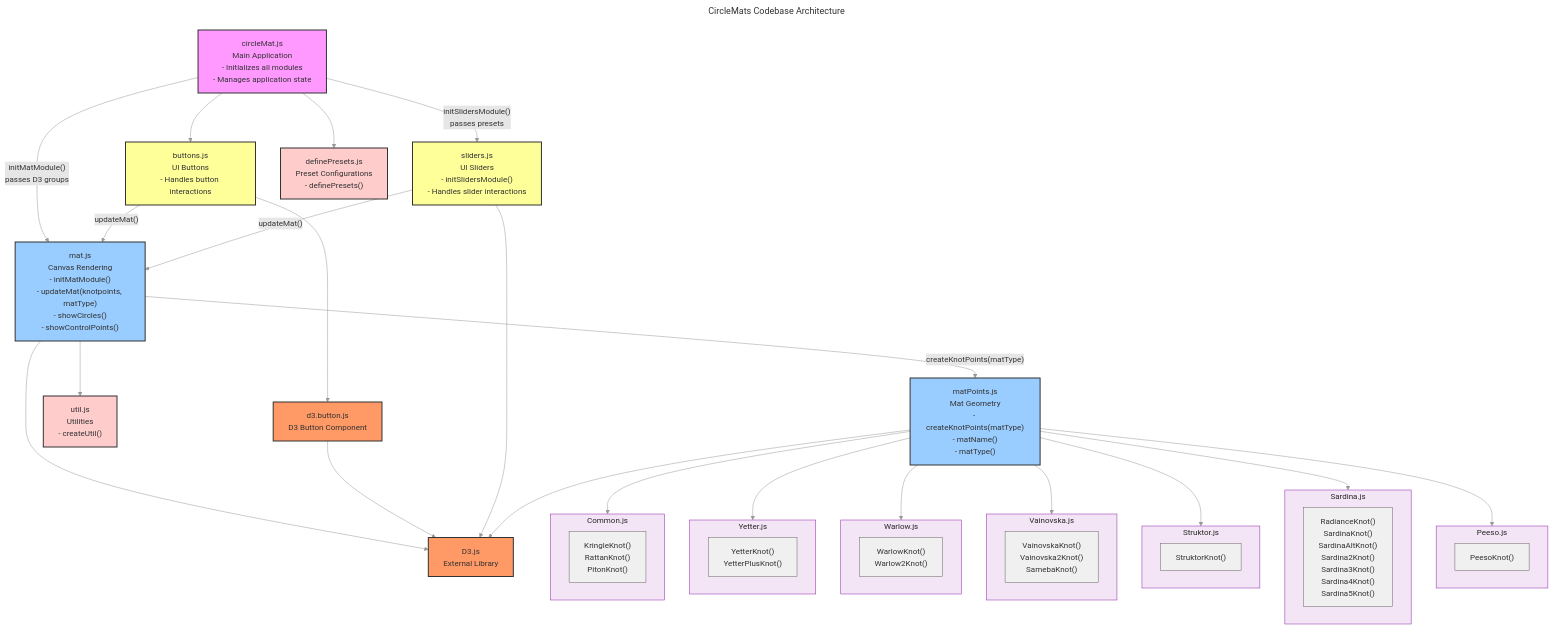
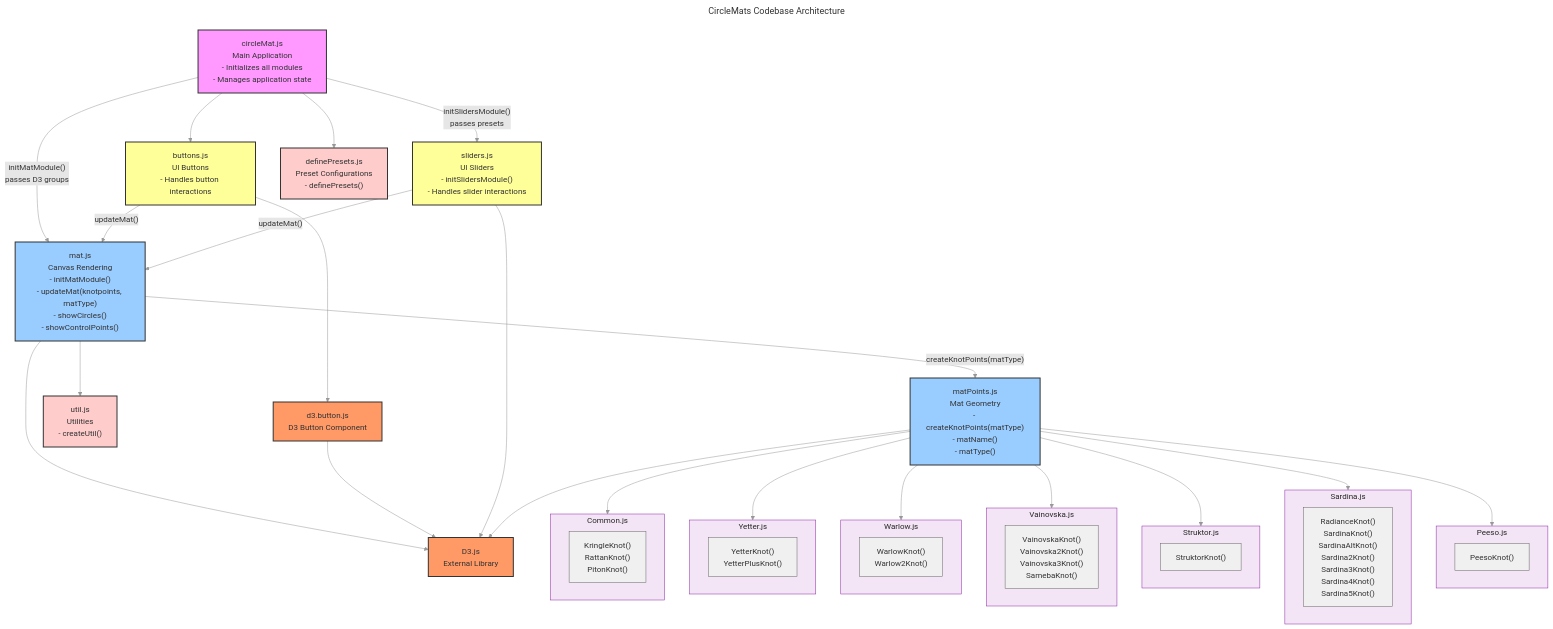
One commit to Scott-Y-Hall/CircleMats changed the diagram in code-relationships.mmd. Above: the diagram before and after it, drawn with Mermaid.

Commit message:
Update mermaid

```diff
--- a/code-relationships.mmd
+++ b/code-relationships.mmd
@@ -1,105 +1,105 @@
 ---
 title: CircleMats Codebase Architecture
 description: Visualization of module relationships and dependencies in the CircleMats project.
 ---
 
 %%{init: {'theme': 'base', 'themeVariables': { 'primaryColor': '#f0f0f0', 'primaryTextColor': '#333', 'primaryBorderColor': '#666', 'lineColor': '#999', 'secondaryColor': '#e6e6e6', 'tertiaryColor': '#d9d9d9'}}}%%
 
 graph TD
     %% Main Application File
     circleMat["circleMat.js<br/>Main Application<br/>- Initializes all modules<br/>- Manages application state"]
     
     %% Core Modules
     mat["mat.js<br/>Canvas Rendering<br/>- initMatModule()<br/>- updateMat(knotpoints, matType)<br/>- showCircles()<br/>- showControlPoints()"]
     matPoints["matPoints.js<br/>Mat Geometry<br/>- createKnotPoints(matType)<br/>- matName()<br/>- matType()"]
     
     %% UI Components
     buttons["buttons.js<br/>UI Buttons<br/>- Handles button interactions"]
     sliders["sliders.js<br/>UI Sliders<br/>- initSlidersModule()<br/>- Handles slider interactions"]
     
     %% Knot Types
     subgraph CommonSG[Common.js]
         Common["KringleKnot()<br/>RattanKnot()<br/>PitonKnot()"]
     end
     
     subgraph YetterSG[Yetter.js]
         Yetter["YetterKnot()<br/>YetterPlusKnot()"]
     end
     
     subgraph WarlowSG[Warlow.js]
         Warlow["WarlowKnot()<br/>Warlow2Knot()"]
     end
     
     subgraph VainovskaSG[Vainovska.js]
-        Vainovska["VainovskaKnot()<br/>Vainovska2Knot()<br/>SamebaKnot()"]
+        Vainovska["VainovskaKnot()<br/>Vainovska2Knot()<br/>Vainovska3Knot()<br/>SamebaKnot()"]
     end
     
     subgraph StruktorSG[Struktor.js]
         Struktor["StruktorKnot()"]
     end
     
     subgraph SardinaSG[Sardina.js]
         Sardina["RadianceKnot()<br/>SardinaKnot()<br/>SardinaAltKnot()<br/>Sardina2Knot()<br/>Sardina3Knot()<br/>Sardina4Knot()<br/>Sardina5Knot()"]
     end
     
     subgraph PeesoSG[Peeso.js]
         Peeso["PeesoKnot()"]
     end
     
     %% Utility
     util["util.js<br/>Utilities<br/>- createUtil()"]
     definePresets["definePresets.js<br/>Preset Configurations<br/>- definePresets()"]
     
     %% D3.js Dependencies
     d3Button["d3.button.js<br/>D3 Button Component"]
     d3["D3.js<br/>External Library"]
     
     %% Main Dependencies (circleMat orchestrates everything)
     circleMat -- "initMatModule()<br/>passes D3 groups" --> mat
     circleMat -- "initSlidersModule()<br/>passes presets" --> sliders
     circleMat --> buttons
     circleMat --> definePresets
     
     %% Core Module Dependencies
     mat -- "createKnotPoints(matType)" --> matPoints
     mat --> util
     mat --> d3
     
     %% UI Component Dependencies
     buttons -- "updateMat()" --> mat
     buttons --> d3Button
     d3Button --> d3
     
     %% Slider Dependencies
     sliders -- "updateMat()" --> mat
     sliders --> d3
     
     %% Knot Dependencies
     matPoints --> d3
     matPoints --> CommonSG
     matPoints --> YetterSG
     matPoints --> WarlowSG
     matPoints --> VainovskaSG
     matPoints --> StruktorSG
     matPoints --> SardinaSG
     matPoints --> PeesoSG
     
     %% Style Definitions
     classDef app fill:#f9f,stroke:#333,stroke-width:2px
     classDef core fill:#9cf,stroke:#333,stroke-width:2px
     classDef ui fill:#ff9,stroke:#333,stroke-width:2px
     classDef util fill:#fcc,stroke:#333,stroke-width:2px
     classDef ext fill:#f96,stroke:#333,stroke-width:2px
 
     %% Knot Subgraph Style - Single style for all knot subgraphs
     classDef knot fill:#f3e5f5,stroke:#8e24aa,stroke-width:2px  %% Light Purple
     
     %% Apply Styles
     class circleMat app
     class mat,matPoints core
     class buttons,sliders,d3Button ui
     class util,definePresets util
     class d3Button,d3 ext
     
     %% Apply Knot Subgraph Style
     class CommonSG,YetterSG,WarlowSG,VainovskaSG,StruktorSG,SardinaSG,PeesoSG knot
```
